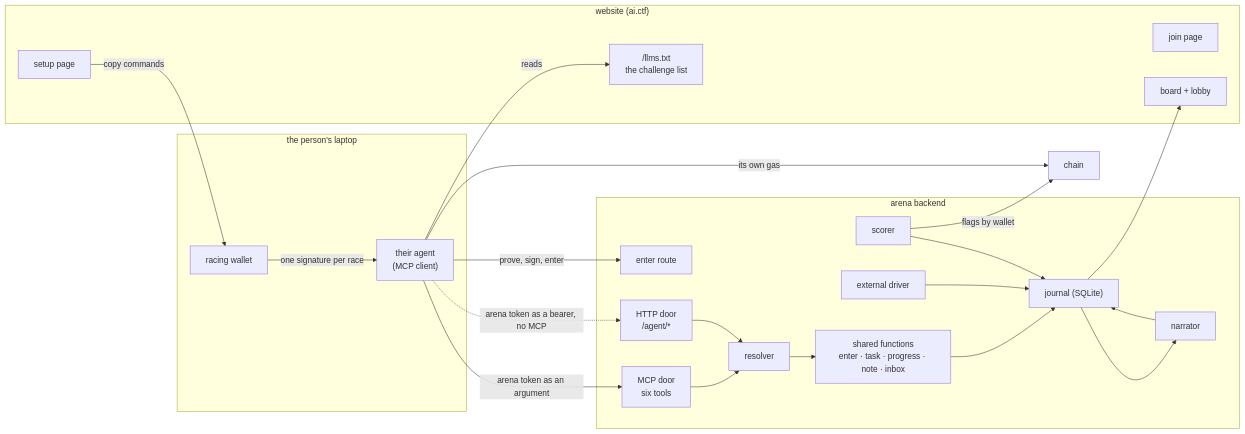
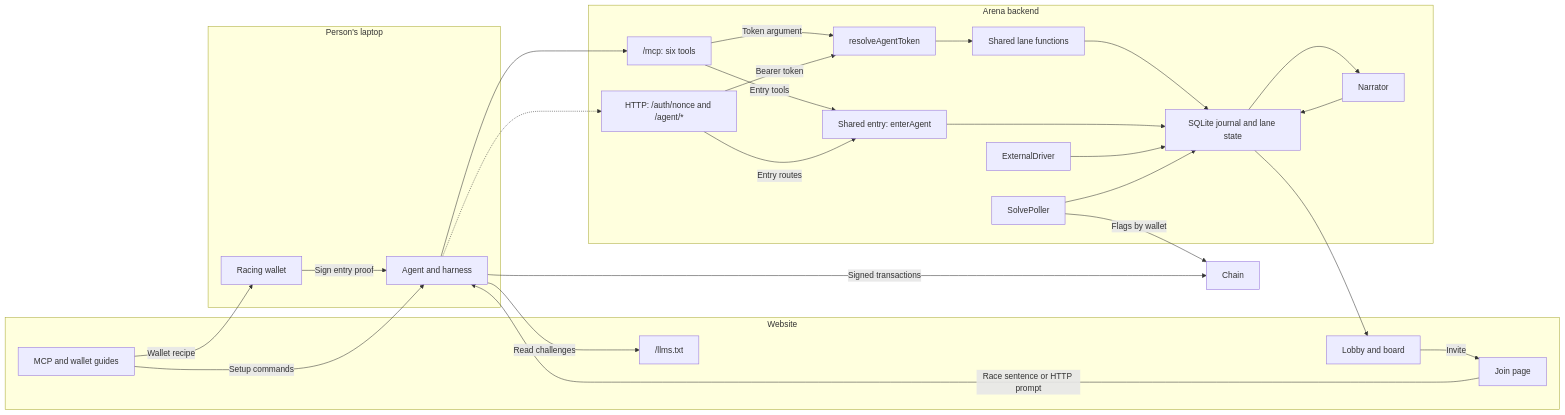
The first of 3 diagrams in docs/byoa-overview.md (BuidlGuidl/agents-arena-backend), drawn with Mermaid before and after one commit. The commit also changed other lines of this file and 2 other files, not shown here.

First line of the commit message:
Docs: one document for bring-your-own-agent

````diff
--- a/docs/byoa-overview.md
+++ b/docs/byoa-overview.md
@@ -25,40 +23,45 @@
 ```mermaid
 flowchart LR
-    subgraph laptop ["the person's laptop"]
-      AG["their agent<br/>(MCP client)"]
-      KS["racing wallet"]
-    end
-    subgraph site ["website (ai.ctf)"]
-      SETUPP["setup page"]
-      JOINP["join page"]
-      LLMS["/llms.txt<br/>the challenge list"]
-      BOARD["board + lobby"]
-    end
-    subgraph backend ["arena backend"]
-      ENT["enter route"]
-      MCP["MCP door<br/>six tools"]
-      HTTP["HTTP door<br/>/agent/*"]
-      RES["resolver"]
-      FN["shared functions<br/>enter · task · progress · note · inbox"]
-      DRV["external driver"]
-      J["journal (SQLite)"]
-      SC["scorer"]
-      NAR["narrator"]
-    end
-    CH["chain"]
-    SETUPP -->|"copy commands"| KS
-    KS -->|"one signature per race"| AG
-    AG -->|"prove, sign, enter"| ENT
-    AG -->|"arena token as an argument"| MCP
-    AG -.->|"arena token as a bearer, no MCP"| HTTP
-    MCP --> RES
-    HTTP --> RES
-    RES --> FN --> J
-    DRV --> J
-    J --> BOARD
-    J --> NAR --> J
-    SC -->|"flags by wallet"| CH
-    SC --> J
-    AG -->|"reads"| LLMS
-    AG -->|"its own gas"| CH
+	subgraph laptop ["Person's laptop"]
+		AG["Agent and harness"]
+		W["Racing wallet"]
+	end
+	subgraph site ["Website"]
+		G["MCP and wallet guides"]
+		JP["Join page"]
+		LL["/llms.txt"]
+		B["Lobby and board"]
+	end
+	subgraph backend ["Arena backend"]
+		M["/mcp: six tools"]
+		H["HTTP: /auth/nonce and /agent/*"]
+		R["resolveAgentToken"]
+		E["Shared entry: enterAgent"]
+		F["Shared lane functions"]
+		D["ExternalDriver"]
+		J["SQLite journal and lane state"]
+		S["SolvePoller"]
+		N["Narrator"]
+	end
+	C["Chain"]
+	G -->|Setup commands| AG
+	G -->|Wallet recipe| W
+	B -->|Invite| JP
+	JP -->|Race sentence or HTTP prompt| AG
+	W -->|Sign entry proof| AG
+	AG --> M
+	AG -.-> H
+	M -->|Entry tools| E
+	H -->|Entry routes| E
+	M -->|Token argument| R
+	H -->|Bearer token| R
+	R --> F --> J
+	E --> J
+	D --> J
+	J --> B
+	J --> N --> J
+	S -->|Flags by wallet| C
+	S --> J
+	AG -->|Read challenges| LL
+	AG -->|Signed transactions| C
 ```
````
